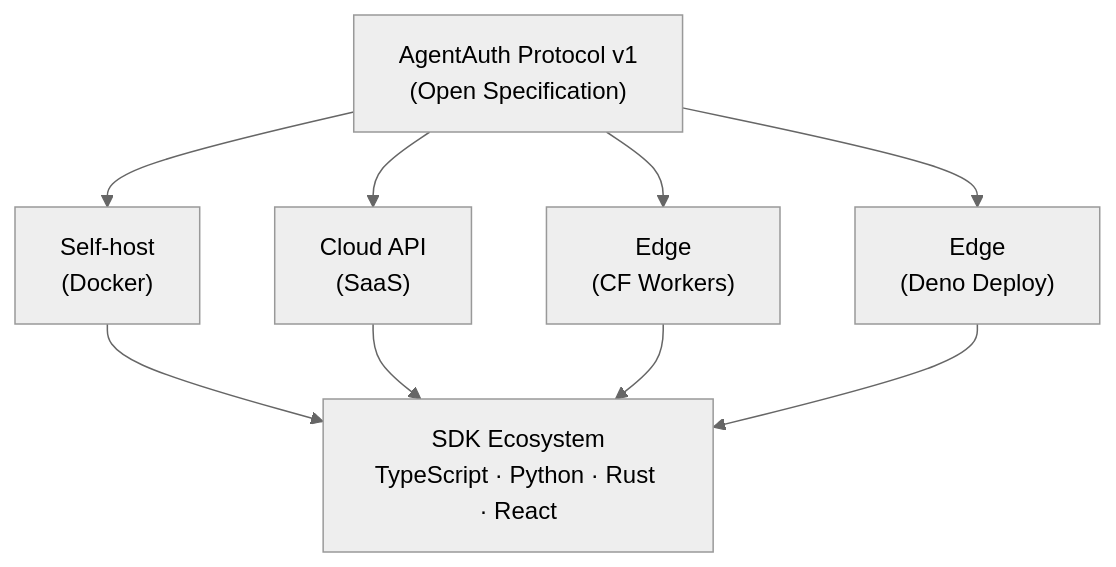
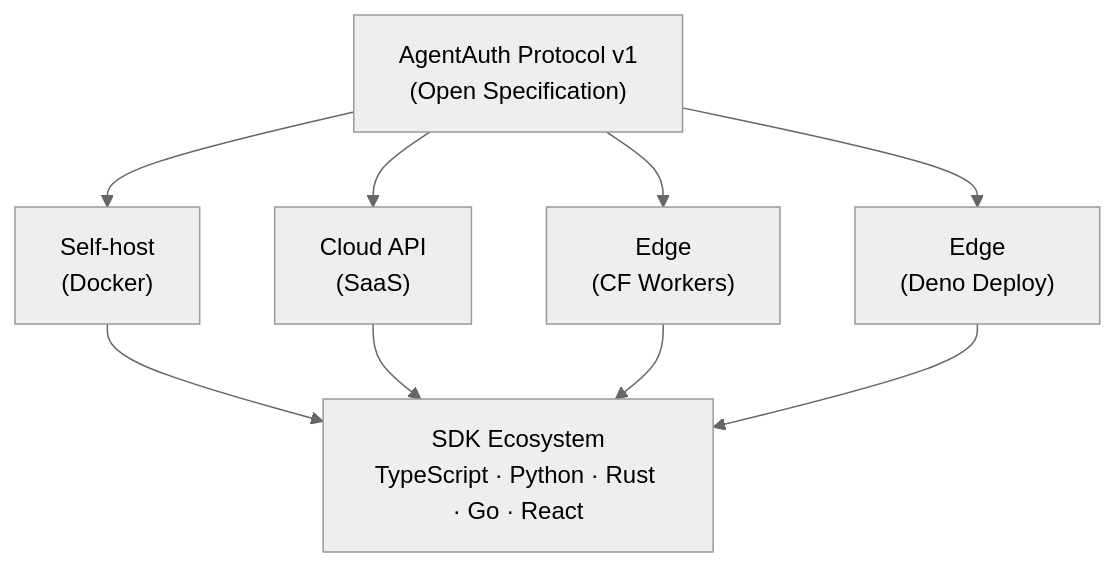
The fourth of 4 diagrams in README.md (dyshay/agentauth), drawn with Mermaid (neutral theme) before and after one commit. The commit also changed other lines of this file and 12 other files, not shown here.

````diff
--- a/README.md
+++ b/README.md
@@ -435,16 +456,16 @@
 ```mermaid
 graph TB
     Protocol["AgentAuth Protocol v1<br/>(Open Specification)"]
 
     Protocol --> SelfHost["Self-host<br/>(Docker)"]
     Protocol --> Cloud["Cloud API<br/>(SaaS)"]
     Protocol --> EdgeCF["Edge<br/>(CF Workers)"]
     Protocol --> EdgeDeno["Edge<br/>(Deno Deploy)"]
 
     SelfHost --> SDKs
     Cloud --> SDKs
     EdgeCF --> SDKs
     EdgeDeno --> SDKs
 
-    SDKs["SDK Ecosystem<br/>TypeScript · Python · Rust · React"]
+    SDKs["SDK Ecosystem<br/>TypeScript · Python · Rust · Go · React"]
 ```
````
